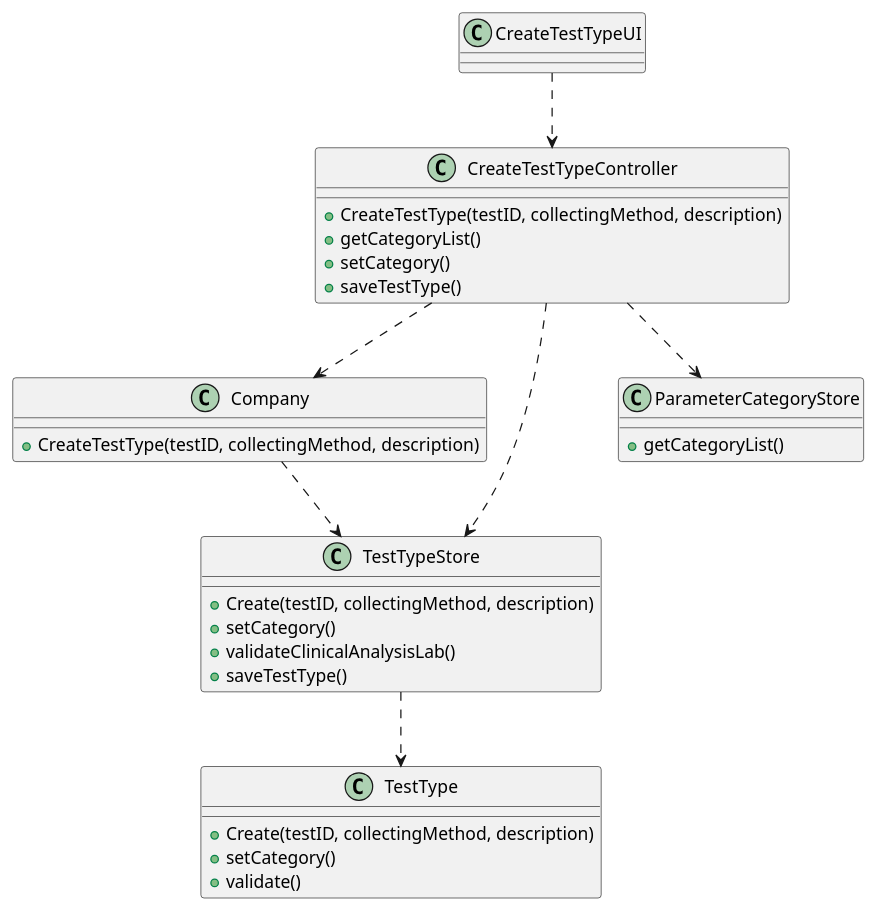
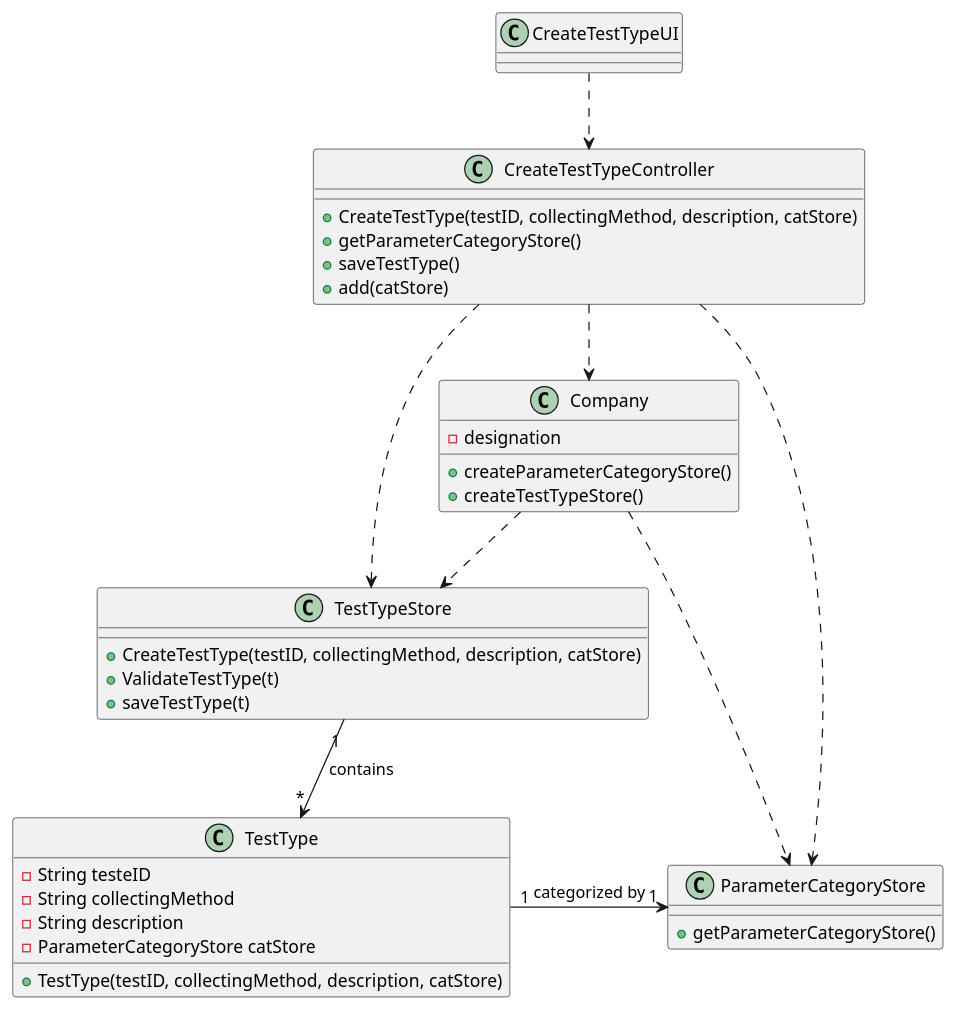
Before and after one commit to MarianaCLages/LAPR2: the diagram in docs/SprintB/US09/US9_CD.puml, drawn with PlantUML. The commit also changed 4 other files, not shown here.

```diff
--- a/docs/SprintB/US09/US9_CD.puml
+++ b/docs/SprintB/US09/US9_CD.puml
@@ -1,41 +1,45 @@
 @startuml
 
 class CreateTestTypeUI{
 }
 
 class CreateTestTypeController{
-    + CreateTestType(testID, collectingMethod, description)
-    + getCategoryList()
-    + setCategory()
+    + CreateTestType(testID, collectingMethod, description, catStore)
+    + getParameterCategoryStore()
     + saveTestType()
+    + add(catStore)
 }
 
 class Company{
-    + CreateTestType(testID, collectingMethod, description)
+-designation
+    + createParameterCategoryStore()
+    + createTestTypeStore()
 }
 
 class TestTypeStore{
-    + Create(testID, collectingMethod, description)
-    + setCategory()
-    + validateClinicalAnalysisLab()
-    + saveTestType()
+    + CreateTestType(testID, collectingMethod, description, catStore)
+    + ValidateTestType(t)
+    + saveTestType(t)
 }
 
 class TestType{
-    + Create(testID, collectingMethod, description)
-    + setCategory()
-    + validate()
+-String testeID
+-String collectingMethod
+-String description
+-ParameterCategoryStore catStore
+    + TestType(testID, collectingMethod, description, catStore)
 }
 
 class ParameterCategoryStore{
-    + getCategoryList()
+    + getParameterCategoryStore()
 }
 
 CreateTestTypeUI ..> CreateTestTypeController
 CreateTestTypeController ..> Company
 Company ..> TestTypeStore
+Company ..> ParameterCategoryStore
 CreateTestTypeController ..> TestTypeStore
 CreateTestTypeController ..> ParameterCategoryStore
-TestTypeStore ..> TestType
-
+TestTypeStore "1" --> "*" TestType: contains
+TestType "1"-right-> "1" ParameterCategoryStore: categorized by
 @enduml
```
